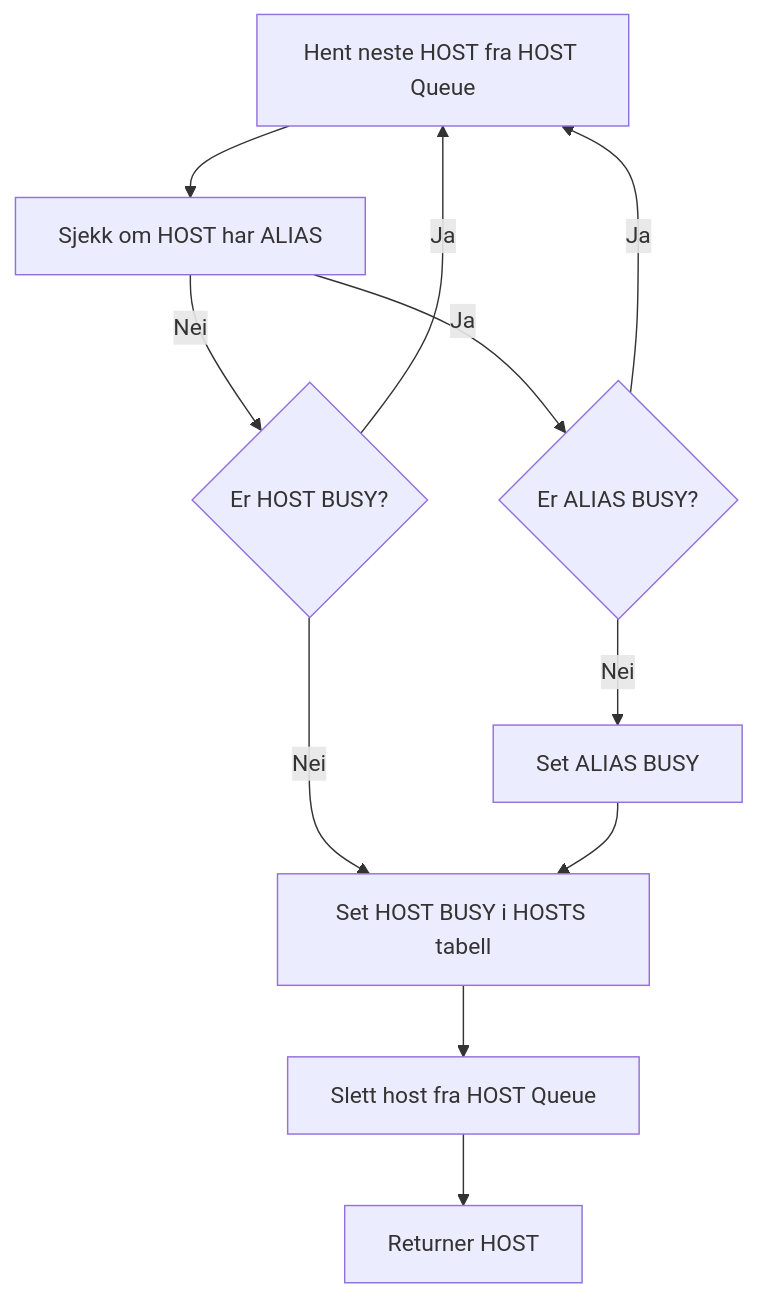
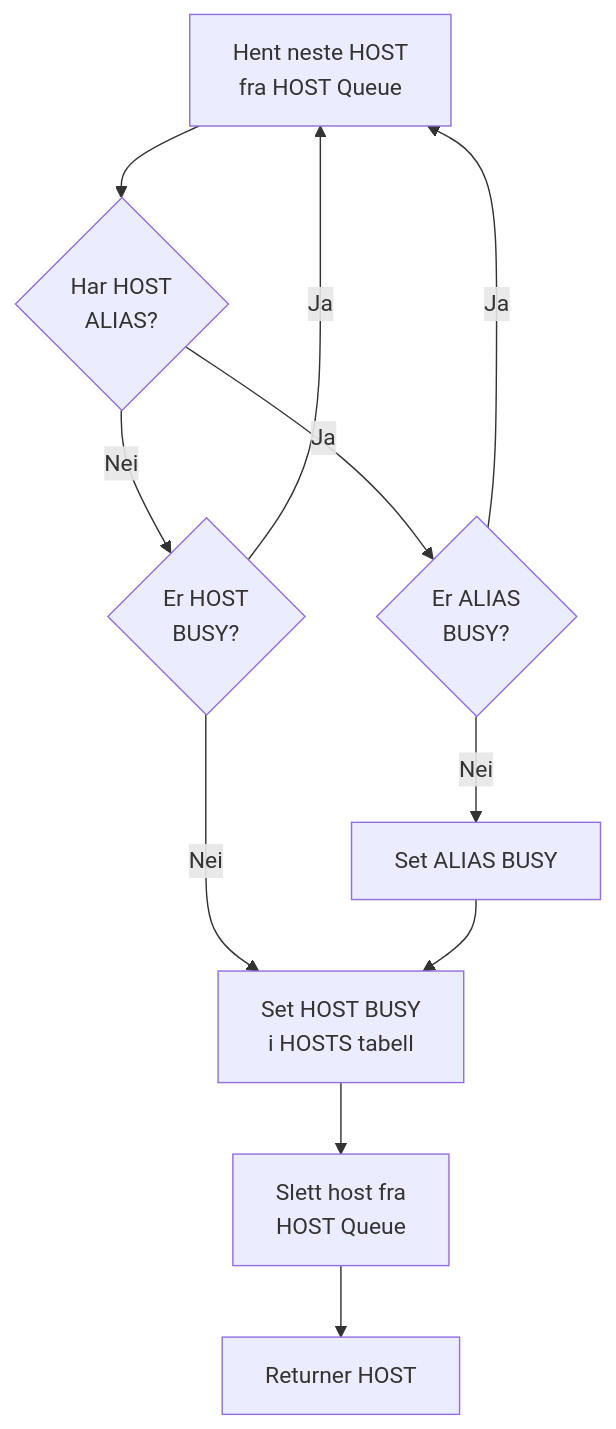
Before and after one commit to nlnwa/veidemann-frontier: the first of 2 diagrams in docs/host_reservation_service.md, drawn with Mermaid. The commit also changed other lines of this file, not shown here.

````diff
--- a/docs/host_reservation_service.md
+++ b/docs/host_reservation_service.md
@@ -74,18 +74,18 @@
 ```mermaid
 flowchart TD
    classDef in fill:#5d7;
    classDef out fill:#ff5;
    classDef proc fill:#efa;
 
-   s1[Hent neste HOST fra HOST Queue] --> s2[Sjekk om HOST har ALIAS]
+    s1[Hent neste HOST\n fra HOST Queue] --> s2{Har HOST\n ALIAS?}
 
-   s2 -->|Nei| s3_2_1{Er HOST BUSY?}
-   s3_2_1 -->|Nei| s3_2_2[Set HOST BUSY i HOSTS tabell]
-   s3_2_1 --> |Ja| s1
+    s2 -->|Nei| s3_2_1{Er HOST\n BUSY?}
+    s3_2_1 -->|Nei| s3_2_2[Set HOST BUSY\n i HOSTS tabell]
+    s3_2_1 --> |Ja| s1
 
-   s2 -->|Ja| s3_1_1{Er ALIAS BUSY?}
-   s3_1_1 -->|Nei| s3_1_2[Set ALIAS BUSY] --> s3_2_2
-   s3_1_1 --> |Ja| s1
+    s2 -->|Ja| s3_1_1{Er ALIAS\n BUSY?}
+    s3_1_1 -->|Nei| s3_1_2[Set ALIAS BUSY] --> s3_2_2
+    s3_1_1 --> |Ja| s1
 
-   s3_2_2 --> s4[Slett host fra HOST Queue] --> s5[Returner HOST]
+    s3_2_2 --> s4[Slett host fra\n HOST Queue] --> s5[Returner HOST]
 ```
````
